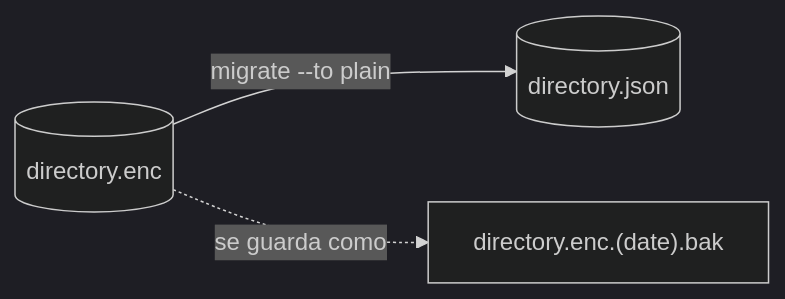
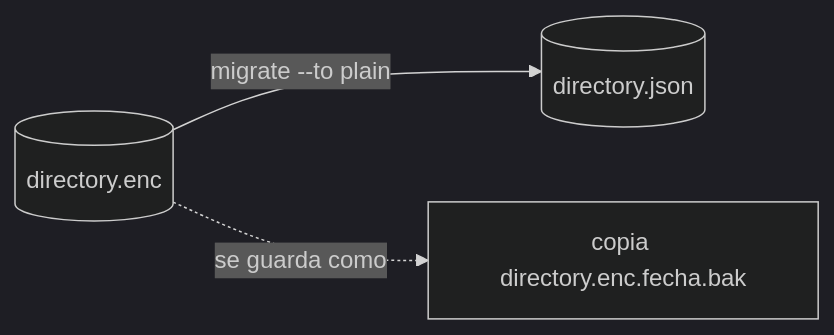
The ninth of 9 diagrams in docs/i18n/es/docusaurus-plugin-content-docs/current/guides/storage.md (falkenslab/pseudonym), drawn with Mermaid (dark theme) before and after one commit. The commit also changed other lines of this file and 6 other files, not shown here.

First line of the commit message:
docs: step-by-step diagrams for each storage mode

````diff
--- a/docs/i18n/es/docusaurus-plugin-content-docs/current/guides/storage.md
+++ b/docs/i18n/es/docusaurus-plugin-content-docs/current/guides/storage.md
@@ -221,5 +304,5 @@
 ```mermaid
 flowchart LR
   E[("directory.enc")] -->|"migrate --to plain"| J[("directory.json")]
-  E -.->|"se guarda como"| B["directory.enc.(date).bak"]
+  E -.->|"se guarda como"| B["copia directory.enc.fecha.bak"]
 ```
````
